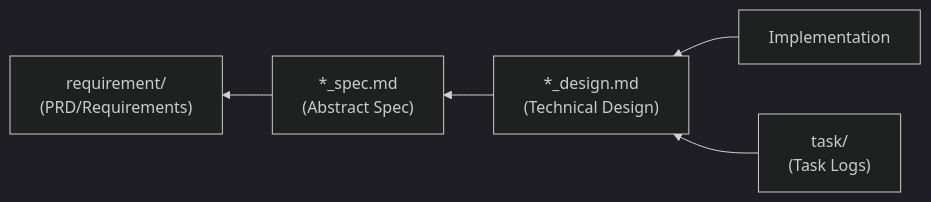
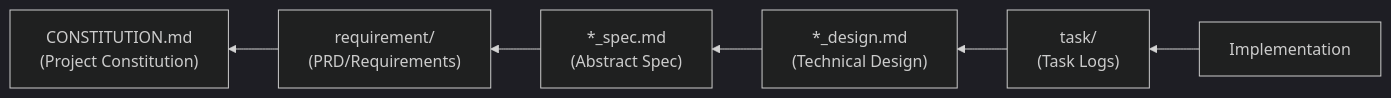
One commit to ToshikiImagawa/ai-sdd-workflow changed the diagram in plugins/sdd-workflow/agents/sdd-workflow.md. Above: the diagram before and after it, drawn with Mermaid (dark theme). The commit also changed other lines of this file and 49 other files, not shown here.

````diff
--- a/plugins/sdd-workflow/agents/sdd-workflow.md
+++ b/plugins/sdd-workflow/agents/sdd-workflow.md
@@ -242,7 +245,8 @@
 ```mermaid
 graph RL
-    IMPL[Implementation] --> DESIGN["*_design.md<br/>(Technical Design)"]
-    TASK["task/<br/>(Task Logs)"] --> DESIGN
+    IMPL[Implementation] --> TASK["task/<br/>(Task Logs)"]
+    TASK --> DESIGN["*_design.md<br/>(Technical Design)"]
     DESIGN --> SPEC["*_spec.md<br/>(Abstract Spec)"]
     SPEC --> PRD["requirement/<br/>(PRD/Requirements)"]
+    PRD --> CONST["CONSTITUTION.md<br/>(Project Constitution)"]
 ```
````
